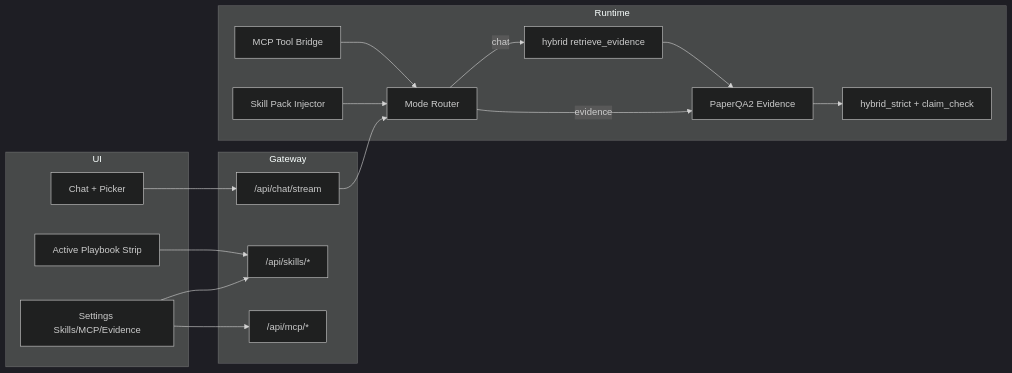
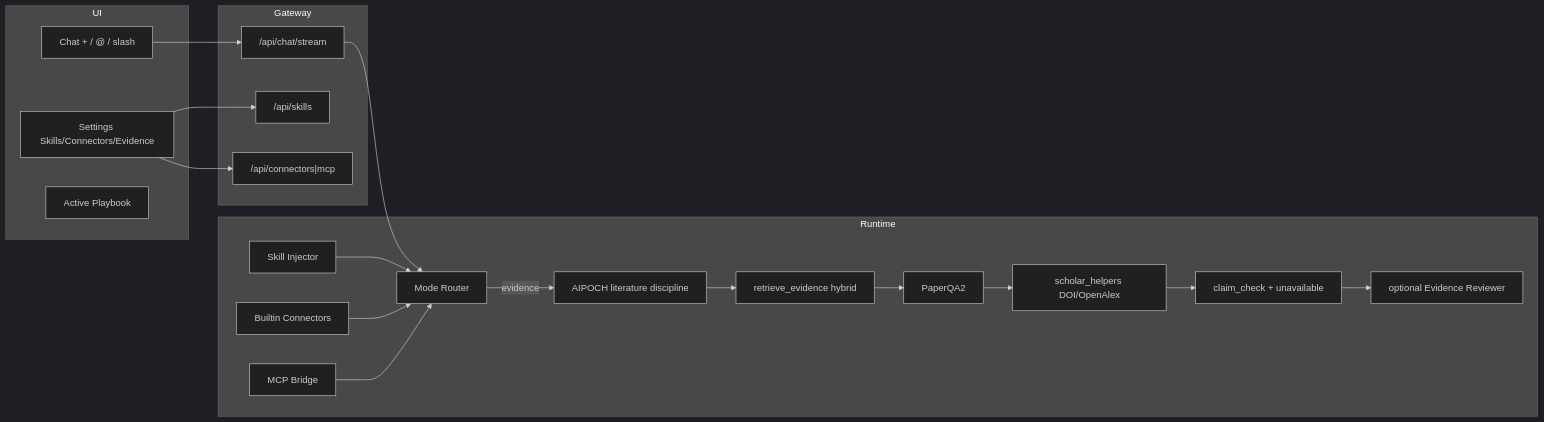
Before and after one commit to kenydey/FormuMind: the diagram in docs/plans/2026-09-26-openscience-skills-mcp-evidence-upgrade.md, drawn with Mermaid (dark theme). The commit also changed other lines of this file, not shown here.

First line of the commit message:
docs: integrate aipoch/open-science into Skills/MCP/Evidence plan

````diff
--- a/docs/plans/2026-09-26-openscience-skills-mcp-evidence-upgrade.md
+++ b/docs/plans/2026-09-26-openscience-skills-mcp-evidence-upgrade.md
@@ -273,32 +319,38 @@
 ```mermaid
 flowchart LR
   subgraph UI
-    Settings[Settings Skills/MCP/Evidence]
-    Plus[Chat + Picker]
-    Playbook[Active Playbook Strip]
+    Settings[Settings Skills/Connectors/Evidence]
+    Plus["Chat + / @ / slash"]
+    Playbook[Active Playbook]
   end
   subgraph Gateway
     ChatAPI["/api/chat/stream"]
-    SkillsAPI["/api/skills/*"]
-    McpAPI["/api/mcp/*"]
+    SkillsAPI["/api/skills"]
+    ConnAPI["/api/connectors|mcp"]
   end
   subgraph Runtime
     Router[Mode Router]
-    Hybrid[hybrid retrieve_evidence]
-    PQ[PaperQA2 Evidence]
-    Strict[hybrid_strict + claim_check]
-    SkillRT[Skill Pack Injector]
-    McpRT[MCP Tool Bridge]
+    Hybrid[retrieve_evidence hybrid]
+    PQ[PaperQA2]
+    Discipline[AIPOCH literature discipline]
+    DOI[scholar_helpers DOI/OpenAlex]
+    Strict[claim_check + unavailable]
+    Reviewer[optional Evidence Reviewer]
+    SkillRT[Skill Injector]
+    ConnRT[Builtin Connectors]
+    McpRT[MCP Bridge]
   end
   Settings --> SkillsAPI
-  Settings --> McpAPI
+  Settings --> ConnAPI
   Plus --> ChatAPI
-  Playbook --> SkillsAPI
   ChatAPI --> Router
-  Router -->|evidence| PQ
-  Router -->|chat| Hybrid
-  PQ --> Strict
+  Router -->|evidence| Discipline
+  Discipline --> Hybrid
+  Hybrid --> PQ
+  PQ --> DOI
+  DOI --> Strict
+  Strict --> Reviewer
   SkillRT --> Router
+  ConnRT --> Router
   McpRT --> Router
-  Hybrid --> PQ
 ```
````
